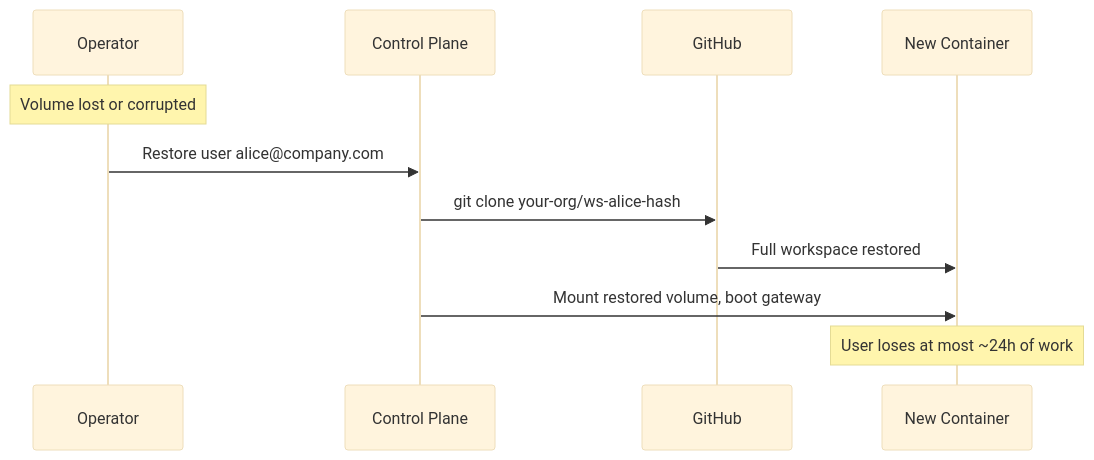
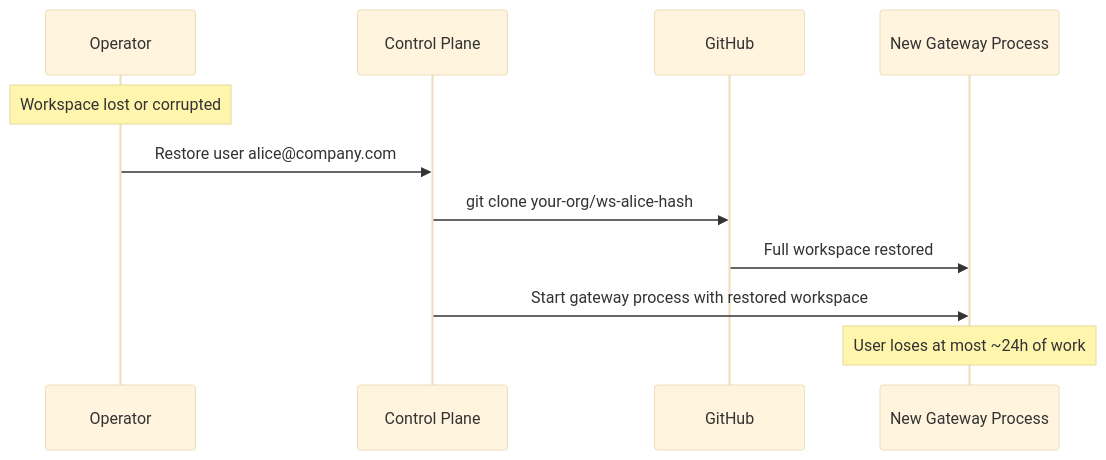
Before and after one commit to 1qh/claw: the second of 2 diagrams in brainstorm/backup.md, drawn with Mermaid (base theme). The commit also changed other lines of this file and 9 other files, not shown here.

Commit message:
Update all files: replace container refs with gateway process architecture

````diff
--- a/brainstorm/backup.md
+++ b/brainstorm/backup.md
@@ -66,15 +66,15 @@
 ```mermaid
 sequenceDiagram
     participant OP as Operator
     participant CP as Control Plane
     participant GH as GitHub
-    participant C as New Container
+    participant GW as New Gateway Process
 
-    Note over OP: Volume lost or corrupted
+    Note over OP: Workspace lost or corrupted
 
     OP->>CP: Restore user alice@company.com
     CP->>GH: git clone your-org/ws-alice-hash
-    GH->>C: Full workspace restored
-    CP->>C: Mount restored volume, boot gateway
-    Note over C: User loses at most ~24h of work
+    GH->>GW: Full workspace restored
+    CP->>GW: Start gateway process with restored workspace
+    Note over GW: User loses at most ~24h of work
 ```
````
